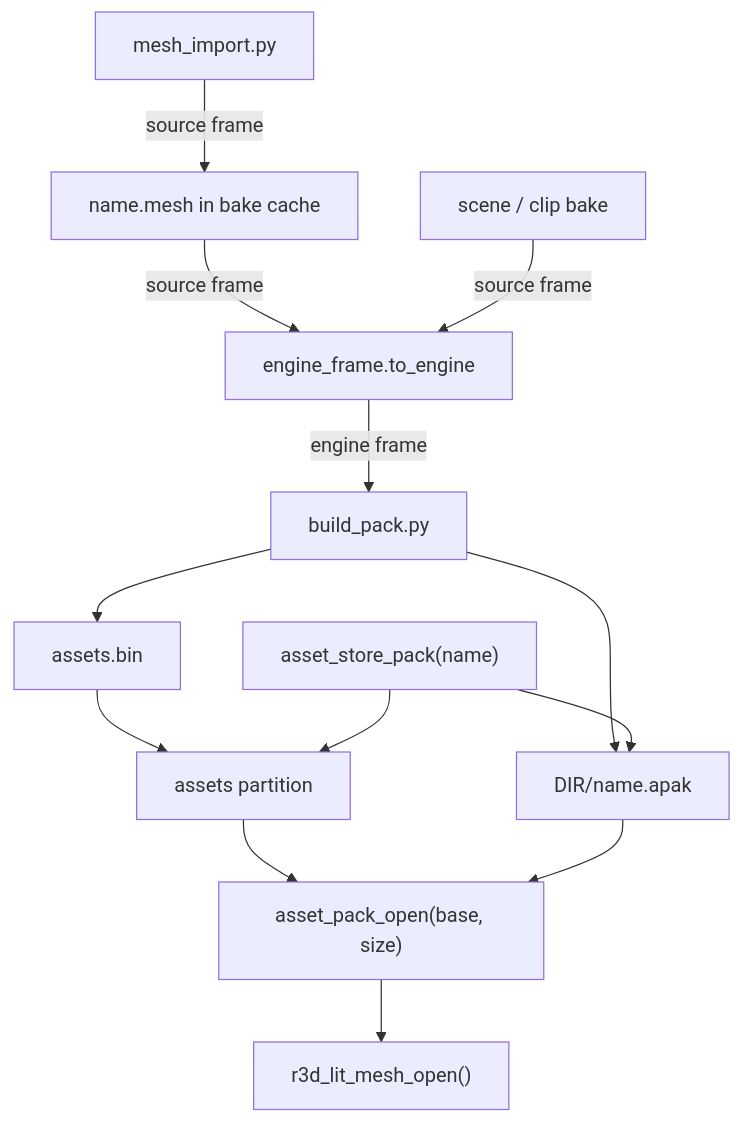
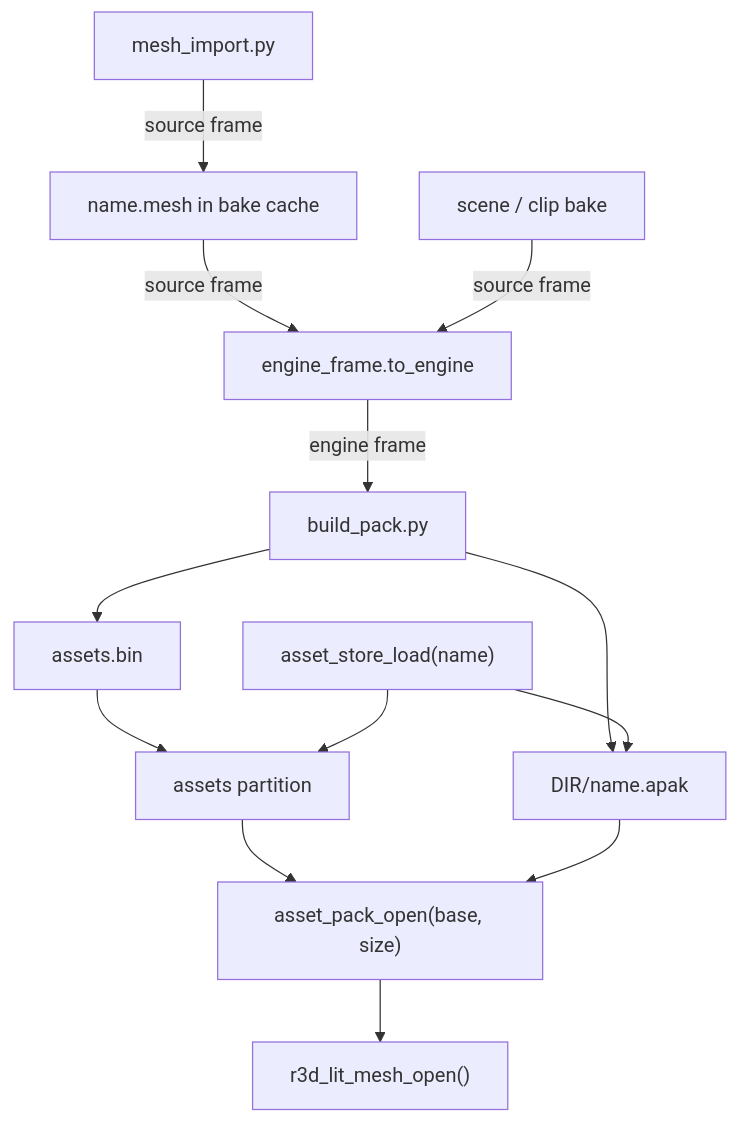
One commit to jose-villegas/autana changed the diagram in docs/assets/README.md. Above: the diagram before and after it, drawn with Mermaid. The commit also changed 51 other files, not shown here.

Commit message:
asset: load packs asynchronously by handle

````diff
--- a/docs/assets/README.md
+++ b/docs/assets/README.md
@@ -12,15 +12,15 @@
 ```mermaid
 flowchart TB
     Import["mesh_import.py"] -->|source frame| Entry["name.mesh in bake cache"]
     Entry -->|source frame| Mirror["engine_frame.to_engine"]
     Authored["scene / clip bake"] -->|source frame| Mirror
     Mirror -->|engine frame| Build["build_pack.py"]
     Build --> Files["DIR/name.apak"]
     Build --> Image["assets.bin"]
     Image --> Flash["assets partition"]
-    Store["asset_store_pack(name)"] --> Flash
+    Store["asset_store_load(name)"] --> Flash
     Store --> Files
     Flash --> Open["asset_pack_open(base, size)"]
     Files --> Open
     Open --> View["r3d_lit_mesh_open()"]
 ```
````
